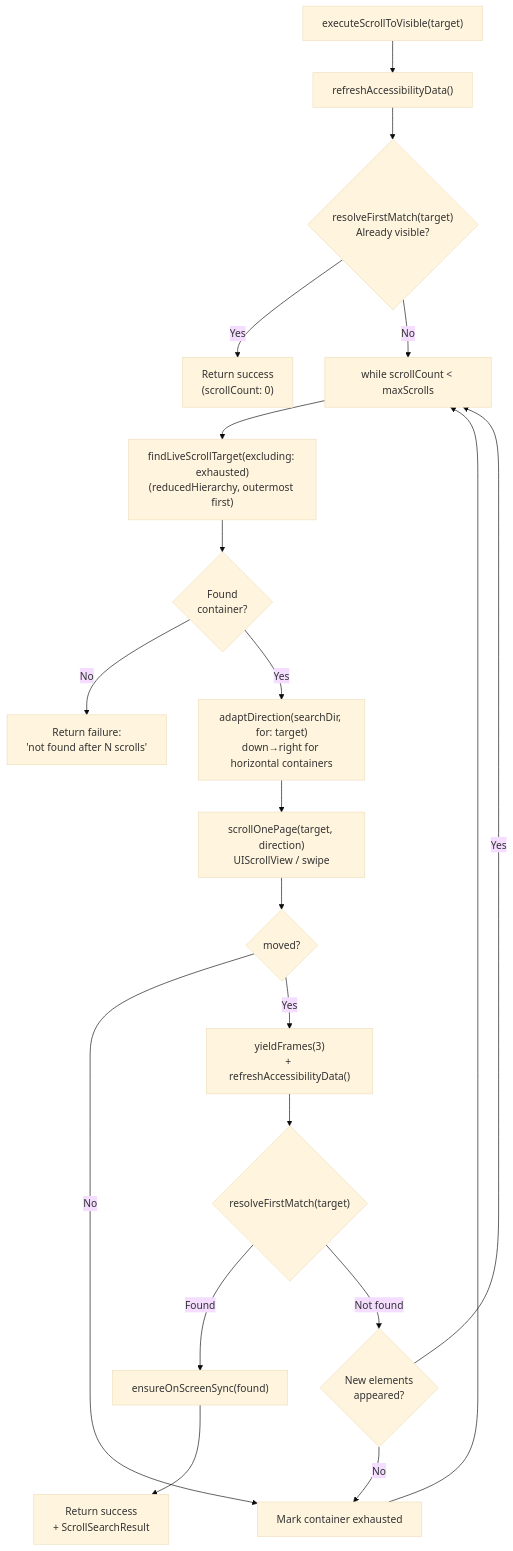
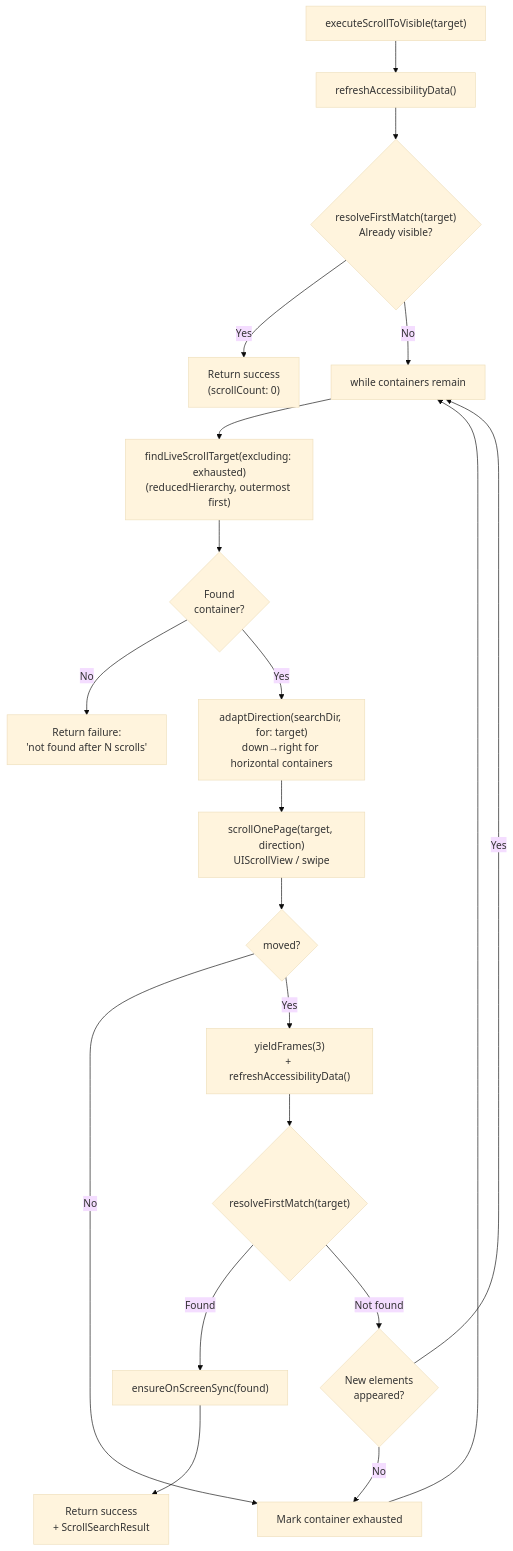
Before and after one commit to RoyalPineapple/TheButtonHeist: the second of 2 diagrams in docs/dossiers/04a-SCROLLING.md, drawn with Mermaid (base theme). The commit also changed other lines of this file and 45 other files, not shown here.

````diff
--- a/docs/dossiers/04a-SCROLLING.md
+++ b/docs/dossiers/04a-SCROLLING.md
@@ -131,25 +130,25 @@
 ```mermaid
 flowchart TD
     S["executeScrollToVisible(target)"] --> REF["refreshAccessibilityData()"]
     REF --> CHK{"resolveFirstMatch(target)<br/>Already visible?"}
     CHK -->|Yes| DONE["Return success<br/>(scrollCount: 0)"]
-    CHK -->|No| LOOP["while scrollCount < maxScrolls"]
+    CHK -->|No| LOOP["while containers remain"]
 
     LOOP --> FIND["findLiveScrollTarget(excluding: exhausted)<br/>(reducedHierarchy, outermost first)"]
     FIND --> SVOK{Found<br/>container?}
     SVOK -->|No| FAILN["Return failure:<br/>'not found after N scrolls'"]
     SVOK -->|Yes| ADAPT["adaptDirection(searchDir, for: target)<br/>down→right for horizontal containers"]
 
     ADAPT --> SCROLL["scrollOnePage(target, direction)<br/>UIScrollView / swipe"]
     SCROLL --> MOVED{moved?}
     MOVED -->|No| EXHAUST["Mark container exhausted"]
     EXHAUST --> LOOP
 
     MOVED -->|Yes| SETTLE["yieldFrames(3)<br/>+ refreshAccessibilityData()"]
     SETTLE --> FM{"resolveFirstMatch(target)"}
     FM -->|Found| ENS["ensureOnScreenSync(found)"]
     ENS --> END["Return success<br/>+ ScrollSearchResult"]
     FM -->|Not found| NEW{New elements<br/>appeared?}
     NEW -->|No| EXHAUST
     NEW -->|Yes| LOOP
 ```
````
